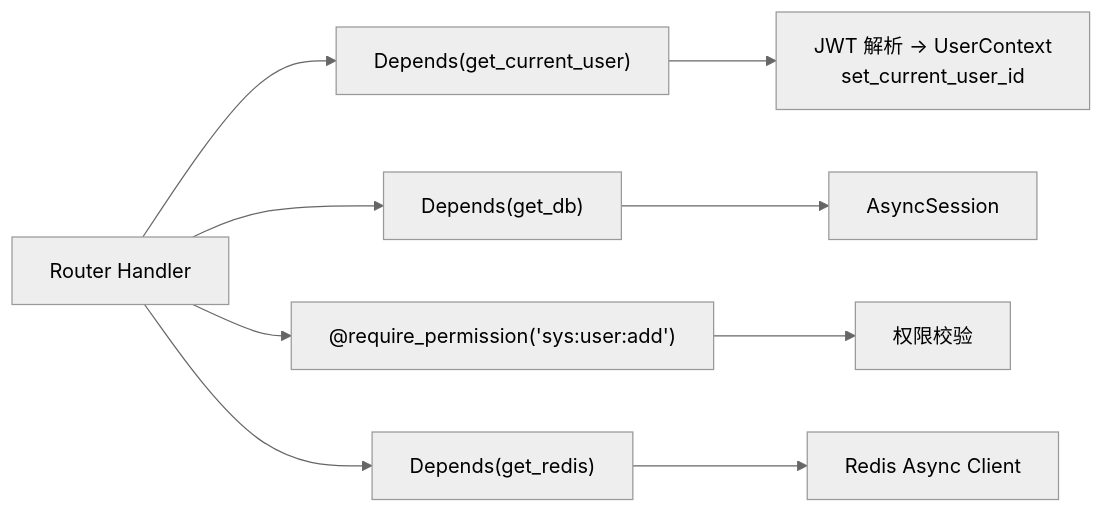
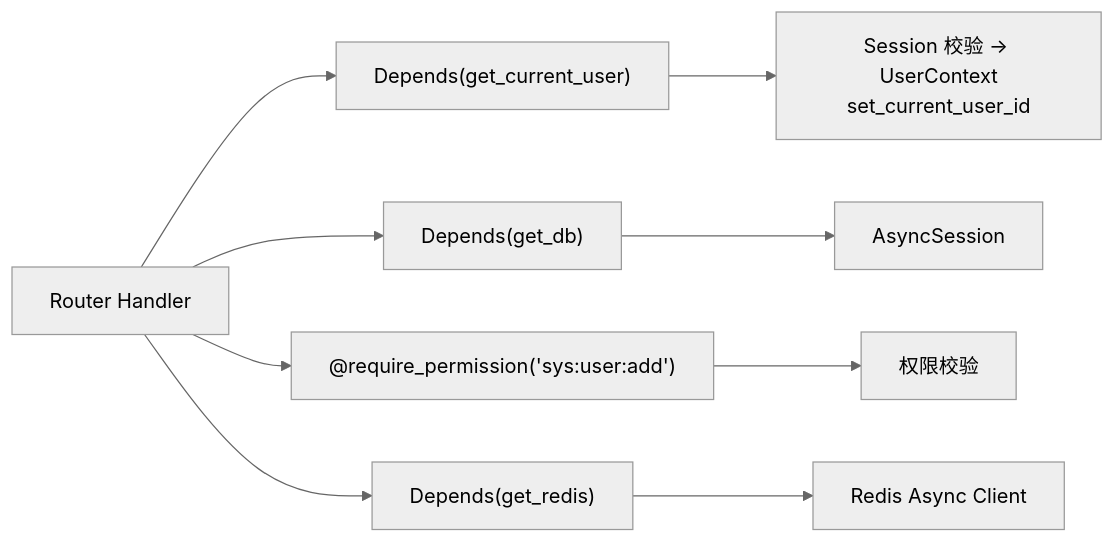
Before and after one commit to earthy-zinc/dehaze-system: the second of 15 diagrams in dehaze-doc/docs/04-项目实现/后端/03-Python算法服务架构文档.md, drawn with Mermaid (neutral theme). The commit also changed other lines of this file and 10 other files, not shown here.

First line of the commit message:
docs: update all documents to replace JWT with Session authentication

````diff
--- a/dehaze-doc/docs/04-项目实现/后端/03-Python算法服务架构文档.md
+++ b/dehaze-doc/docs/04-项目实现/后端/03-Python算法服务架构文档.md
@@ -315,11 +314,11 @@
 ```mermaid
 flowchart LR
     Router["Router Handler"] --> Depends["Depends(get_current_user)"]
-    Depends --> JWT["JWT 解析 → UserContext<br/>set_current_user_id"]
+    Depends --> SessionAuth["Session 校验 → UserContext<br/>set_current_user_id"]
     Router --> Depends2["Depends(get_db)"]
     Depends2 --> Session["AsyncSession"]
     Router --> Depends3["@require_permission('sys:user:add')"]
     Depends3 --> Check["权限校验"]
     Router --> Depends4["Depends(get_redis)"]
     Depends4 --> Redis["Redis Async Client"]
 ```
````
